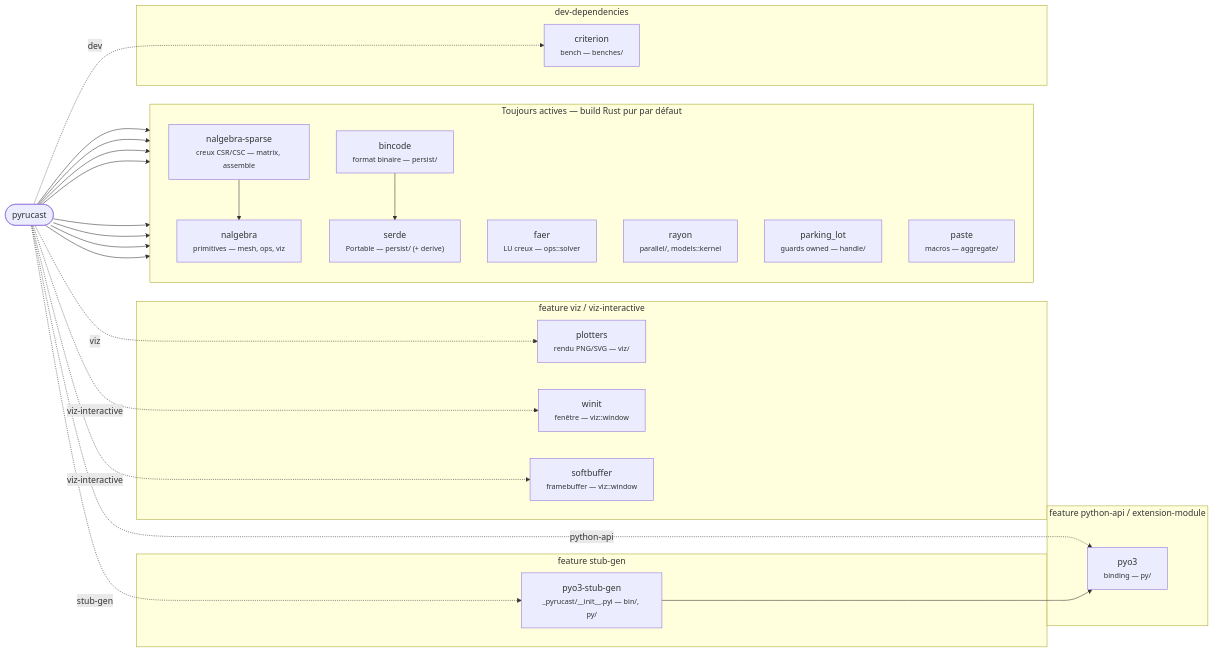
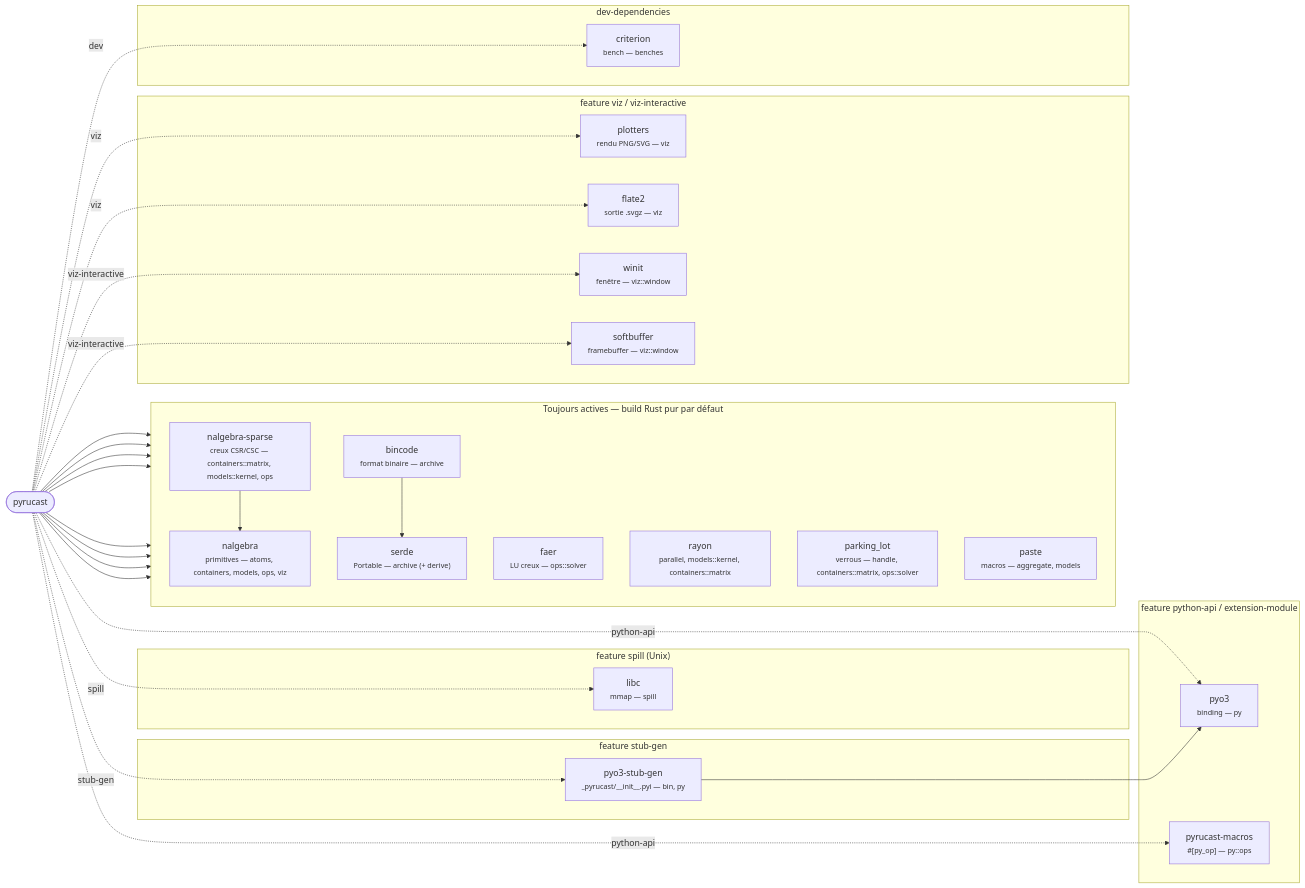
One commit to Pyrucast/pyrucast changed the diagram in book/src/developper/arborescence.md. Above: the diagram before and after it, drawn with Mermaid. The commit also changed other lines of this file and 13 other files, not shown here.

````diff
--- a/book/src/developper/arborescence.md
+++ b/book/src/developper/arborescence.md
@@ -183,42 +220,48 @@
 ```mermaid
 flowchart LR
     pc(["pyrucast"])
 
     subgraph core["Toujours actives — build Rust pur par défaut"]
         direction TB
-        nalgebra["nalgebra<br/><small>primitives — mesh, ops, viz</small>"]
-        nsparse["nalgebra-sparse<br/><small>creux CSR/CSC — matrix, assemble</small>"]
+        nalgebra["nalgebra<br/><small>primitives — atoms, containers, models, ops, viz</small>"]
+        nsparse["nalgebra-sparse<br/><small>creux CSR/CSC — containers::matrix, models::kernel, ops</small>"]
         faer["faer<br/><small>LU creux — ops::solver</small>"]
-        rayon["rayon<br/><small>parallel/, models::kernel</small>"]
-        parking["parking_lot<br/><small>guards owned — handle/</small>"]
-        serde["serde<br/><small>Portable — persist/ (+ derive)</small>"]
-        bincode["bincode<br/><small>format binaire — persist/</small>"]
-        paste["paste<br/><small>macros — aggregate/</small>"]
+        rayon["rayon<br/><small>parallel, models::kernel, containers::matrix</small>"]
+        parking["parking_lot<br/><small>verrous — handle, containers::matrix, ops::solver</small>"]
+        serde["serde<br/><small>Portable — archive (+ derive)</small>"]
+        bincode["bincode<br/><small>format binaire — archive</small>"]
+        paste["paste<br/><small>macros — aggregate, models</small>"]
     end
 
     subgraph pyfeat["feature python-api / extension-module"]
-        pyo3["pyo3<br/><small>binding — py/</small>"]
+        pyo3["pyo3<br/><small>binding — py</small>"]
+        macros["pyrucast-macros<br/><small>#[py_op] — py::ops</small>"]
+    end
+    subgraph spillfeat["feature spill (Unix)"]
+        libc["libc<br/><small>mmap — spill</small>"]
     end
     subgraph stubfeat["feature stub-gen"]
-        stubgen["pyo3-stub-gen<br/><small>_pyrucast/__init__.pyi — bin/, py/</small>"]
+        stubgen["pyo3-stub-gen<br/><small>_pyrucast/__init__.pyi — bin, py</small>"]
     end
     subgraph vizfeat["feature viz / viz-interactive"]
-        plotters["plotters<br/><small>rendu PNG/SVG — viz/</small>"]
+        plotters["plotters<br/><small>rendu PNG/SVG — viz</small>"]
+        flate2["flate2<br/><small>sortie .svgz — viz</small>"]
         winit["winit<br/><small>fenêtre — viz::window</small>"]
         softbuffer["softbuffer<br/><small>framebuffer — viz::window</small>"]
     end
     subgraph devfeat["dev-dependencies"]
-        criterion["criterion<br/><small>bench — benches/</small>"]
+        criterion["criterion<br/><small>bench — benches</small>"]
     end
 
     pc --> nalgebra & nsparse & faer & rayon & parking & serde & bincode & paste
     nsparse --> nalgebra
     bincode --> serde
 
-    pc -. "python-api" .-> pyo3
+    pc -. "python-api" .-> pyo3 & macros
+    pc -. "spill" .-> libc
     pc -. "stub-gen" .-> stubgen
     stubgen --> pyo3
-    pc -. "viz" .-> plotters
+    pc -. "viz" .-> plotters & flate2
     pc -. "viz-interactive" .-> winit & softbuffer
     pc -. "dev" .-> criterion
 ```
````
